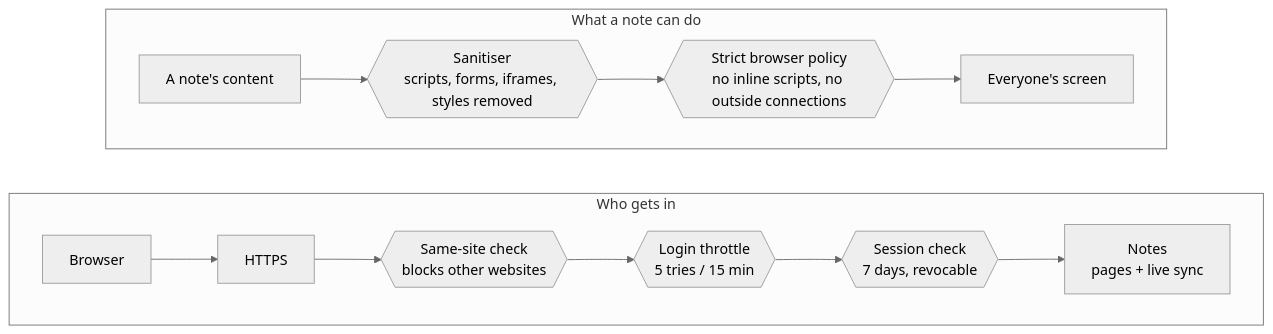
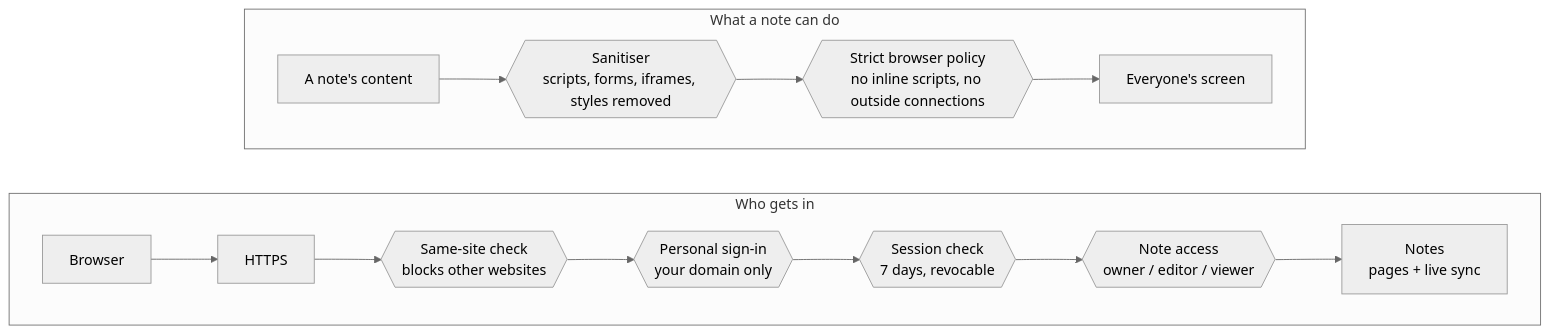
Before and after one commit to sourasb05/md_share: the second of 2 diagrams in README.md, drawn with Mermaid (neutral theme). The commit also changed other lines of this file and 21 other files, not shown here.

First line of the commit message:
M4: personal sign-in, My notes / Shared with me, private / view / edit links

````diff
--- a/README.md
+++ b/README.md
@@ -110,11 +111,11 @@
 ```mermaid
 flowchart LR
   subgraph access["Who gets in"]
     direction LR
-    B["Browser"] --> H["HTTPS"] --> O{{"Same-site check<br/>blocks other websites"}} --> T{{"Login throttle<br/>5 tries / 15 min"}} --> S{{"Session check<br/>7 days, revocable"}} --> N["Notes<br/>pages + live sync"]
+    B["Browser"] --> H["HTTPS"] --> O{{"Same-site check<br/>blocks other websites"}} --> T{{"Personal sign-in<br/>your domain only"}} --> S{{"Session check<br/>7 days, revocable"}} --> R{{"Note access<br/>owner / editor / viewer"}} --> N["Notes<br/>pages + live sync"]
   end
   subgraph content["What a note can do"]
     direction LR
     C["A note's content"] --> P{{"Sanitiser<br/>scripts, forms, iframes, styles removed"}} --> Q{{"Strict browser policy<br/>no inline scripts, no outside connections"}} --> V["Everyone's screen"]
   end
 ```
````
